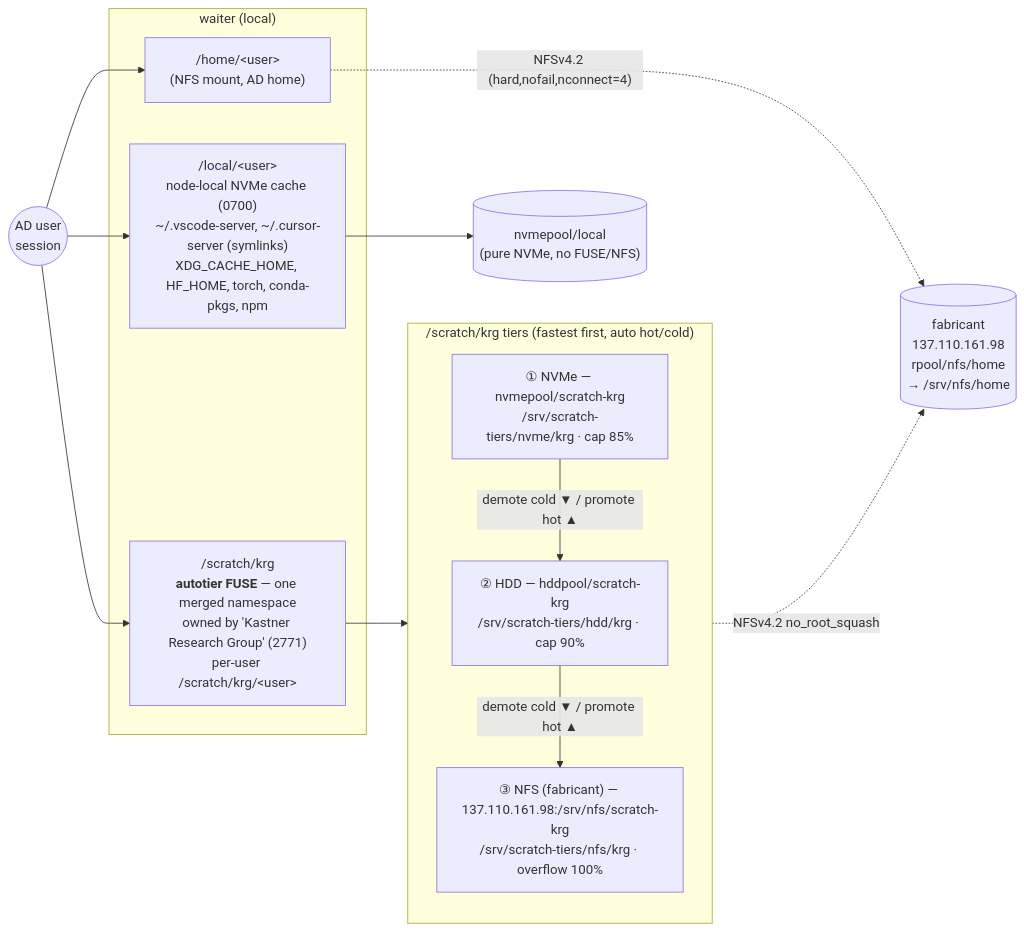
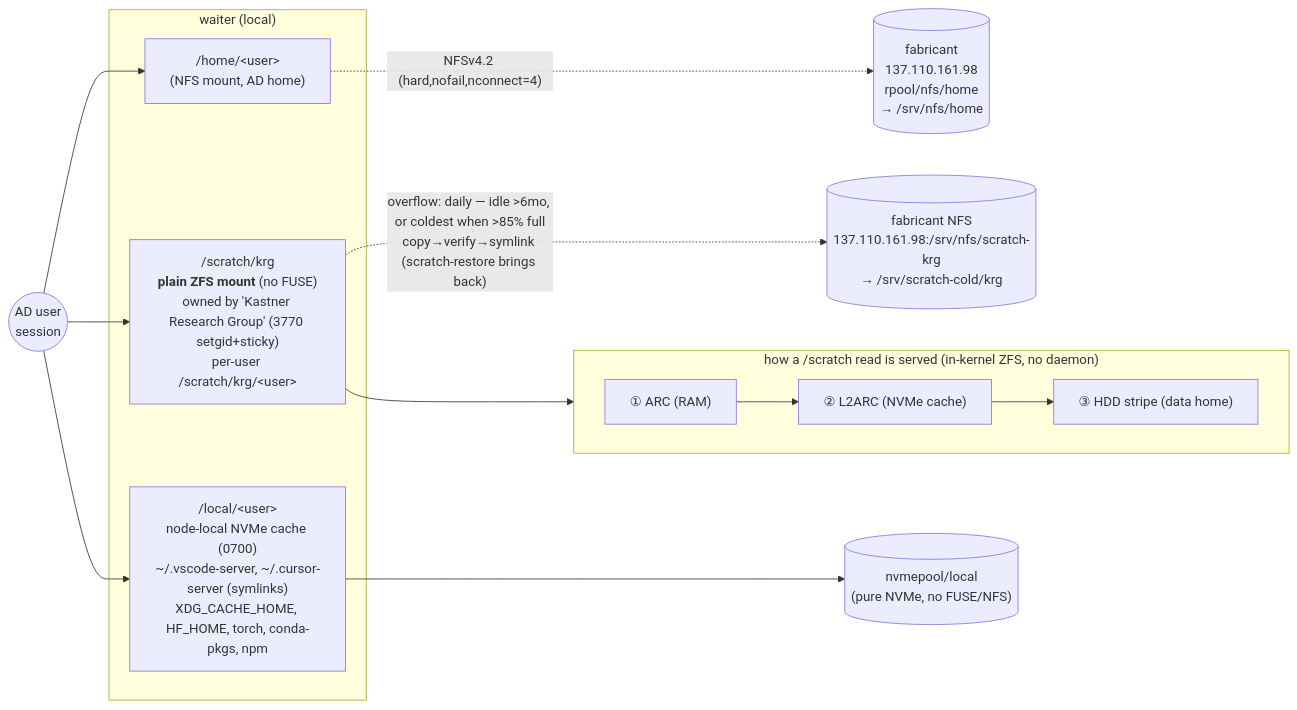
One commit to KastnerRG/krg-nixos-flakes changed the second of 3 diagrams in docs/waiter-topology.md. Above: the diagram before and after it, drawn with Mermaid. The commit also changed other lines of this file and 15 other files, not shown here.

First line of the commit message:
feat(waiter): greenfield ZFS-native /scratch (replace autotier) (#64)

````diff
--- a/docs/waiter-topology.md
+++ b/docs/waiter-topology.md
@@ -101,29 +117,28 @@
 ```mermaid
 flowchart LR
   user(("AD user<br/>session"))
 
   subgraph waiter["waiter (local)"]
     home["/home/&lt;user&gt;<br/>(NFS mount, AD home)"]
-    scratch["/scratch/krg<br/><b>autotier FUSE</b> — one merged namespace<br/>owned by 'Kastner Research Group' (2771)<br/>per-user /scratch/krg/&lt;user&gt;"]
+    scratch["/scratch/krg<br/><b>plain ZFS mount</b> (no FUSE)<br/>owned by 'Kastner Research Group' (3770 setgid+sticky)<br/>per-user /scratch/krg/&lt;user&gt;"]
     local["/local/&lt;user&gt;<br/>node-local NVMe cache (0700)<br/>~/.vscode-server, ~/.cursor-server (symlinks)<br/>XDG_CACHE_HOME, HF_HOME, torch, conda-pkgs, npm"]
   end
 
-  subgraph tiers["/scratch/krg tiers (fastest first, auto hot/cold)"]
-    direction TB
-    t1["① NVMe — nvmepool/scratch-krg<br/>/srv/scratch-tiers/nvme/krg · cap 85%"]
-    t2["② HDD — hddpool/scratch-krg<br/>/srv/scratch-tiers/hdd/krg · cap 90%"]
-    t3["③ NFS (fabricant) — 137.110.161.98:/srv/nfs/scratch-krg<br/>/srv/scratch-tiers/nfs/krg · overflow 100%"]
+  subgraph readpath["how a /scratch read is served (in-kernel ZFS, no daemon)"]
+    direction LR
+    r1["① ARC (RAM)"]
+    r2["② L2ARC (NVMe cache)"]
+    r3["③ HDD stripe (data home)"]
+    r1 --> r2 --> r3
   end
 
   user --> home
   user --> scratch
   user --> local
 
-  scratch --> t1
-  t1 -->|"demote cold ▼ / promote hot ▲"| t2
-  t2 -->|"demote cold ▼ / promote hot ▲"| t3
+  scratch --> readpath
 
+  scratch -.->|"overflow: daily — idle &gt;6mo, or coldest when &gt;85% full<br/>copy→verify→symlink (scratch-restore brings back)"| cold[("fabricant NFS<br/>137.110.161.98:/srv/nfs/scratch-krg<br/>→ /srv/scratch-cold/krg")]
   home -.->|"NFSv4.2 (hard,nofail,nconnect=4)"| fab[("fabricant<br/>137.110.161.98<br/>rpool/nfs/home<br/>→ /srv/nfs/home")]
-  t3 -.->|"NFSv4.2 no_root_squash"| fab
-  local --> nvmepool[("nvmepool/local<br/>(pure NVMe, no FUSE/NFS)")]
+  local --> nvl[("nvmepool/local<br/>(pure NVMe, no FUSE/NFS)")]
 ```
````
